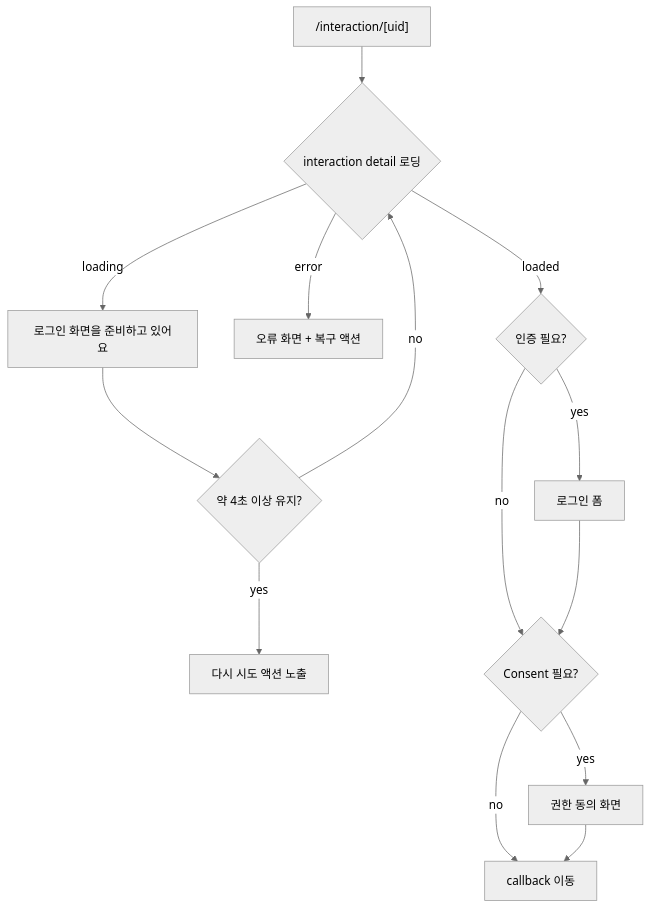
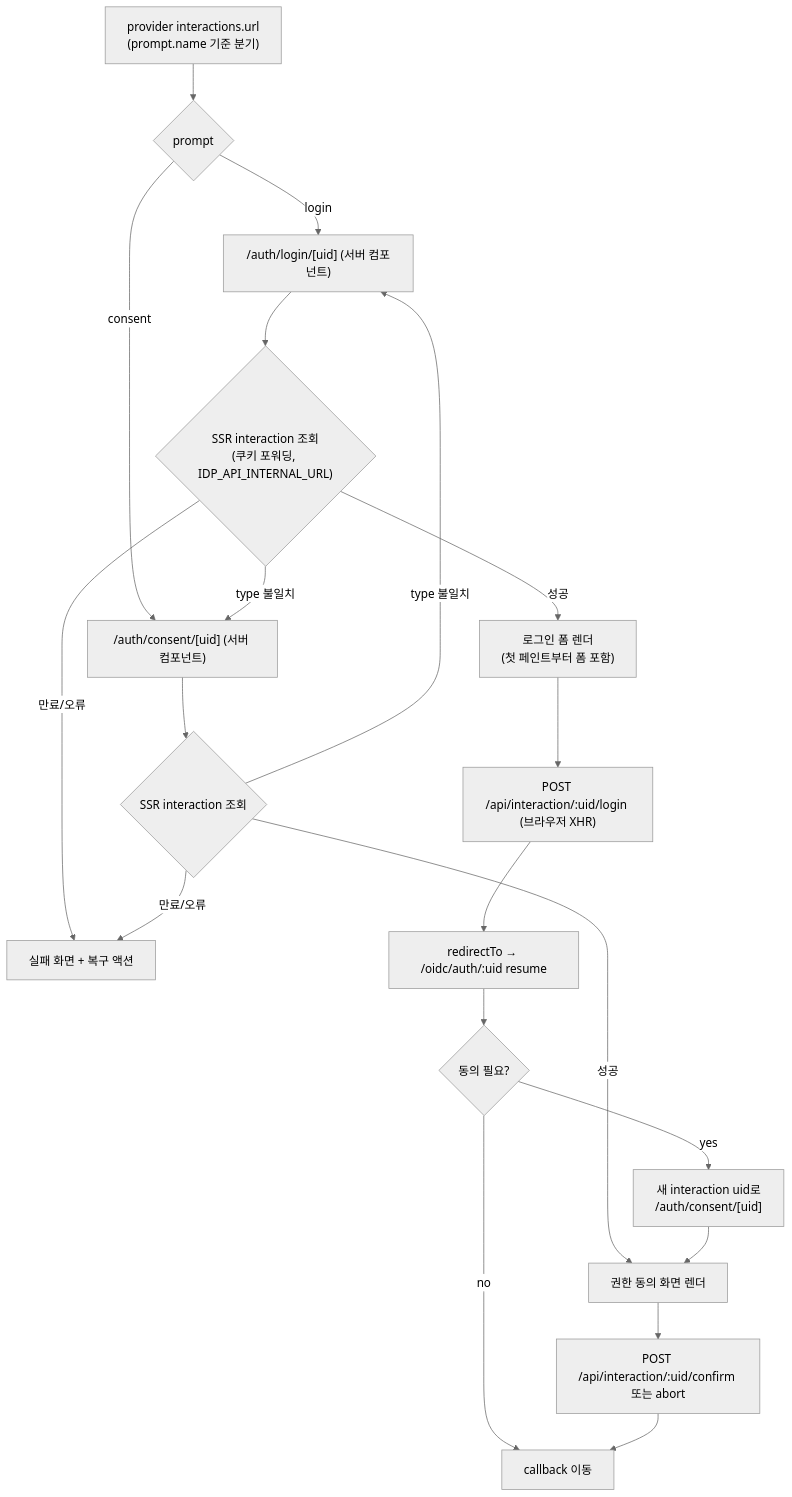
One commit to kimjoongwon/prj-core changed the second of 4 diagrams in apps/idp/web/src/app/auth-flow.context.md. Above: the diagram before and after it, drawn with Mermaid (neutral theme). The commit also changed other lines of this file and 4 other files, not shown here.

Commit message:
docs: interaction 경로 분리와 SSR 구조 문서 동기화

````diff
--- a/apps/idp/web/src/app/auth-flow.context.md
+++ b/apps/idp/web/src/app/auth-flow.context.md
@@ -25,16 +25,22 @@
 ```mermaid
 flowchart TD
-  A["/interaction/[uid]"] --> B{"interaction detail 로딩"}
-  B -- loading --> C["로그인 화면을 준비하고 있어요"]
-  C --> D{"약 4초 이상 유지?"}
-  D -- yes --> E["다시 시도 액션 노출"]
-  D -- no --> B
-  B -- error --> F["오류 화면 + 복구 액션"]
-  B -- loaded --> G{"인증 필요?"}
-  G -- yes --> H["로그인 폼"]
-  G -- no --> I{"Consent 필요?"}
-  I -- yes --> J["권한 동의 화면"]
-  I -- no --> K["callback 이동"]
-  H --> I
-  J --> K
+  A["provider interactions.url<br/>(prompt.name 기준 분기)"] --> B{"prompt"}
+  B -- login --> L["/auth/login/[uid] (서버 컴포넌트)"]
+  B -- consent --> C["/auth/consent/[uid] (서버 컴포넌트)"]
+  L --> LQ{"SSR interaction 조회<br/>(쿠키 포워딩, IDP_API_INTERNAL_URL)"}
+  C --> CQ{"SSR interaction 조회"}
+  LQ -- 만료/오류 --> F["실패 화면 + 복구 액션"]
+  CQ -- 만료/오류 --> F
+  LQ -- type 불일치 --> C
+  CQ -- type 불일치 --> L
+  LQ -- 성공 --> LF["로그인 폼 렌더<br/>(첫 페인트부터 폼 포함)"]
+  CQ -- 성공 --> CF["권한 동의 화면 렌더"]
+  LF --> S["POST /api/interaction/:uid/login (브라우저 XHR)"]
+  S --> R["redirectTo → /oidc/auth/:uid resume"]
+  R --> RC{"동의 필요?"}
+  RC -- yes --> A2["새 interaction uid로<br/>/auth/consent/[uid]"]
+  RC -- no --> K["callback 이동"]
+  CF --> CC["POST /api/interaction/:uid/confirm 또는 abort"]
+  CC --> K
+  A2 --> CF
 ```
````
